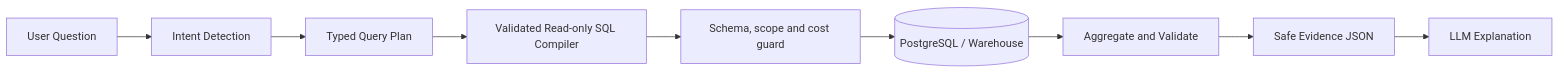
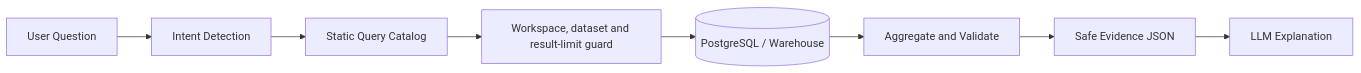
Before and after one commit to Ronakagarwal01/byizon-ai-analytics: the sixth of 13 diagrams in docs/SYSTEM_ARCHITECTURE.md, drawn with Mermaid. The commit also changed other lines of this file and 35 other files, not shown here.

Commit message:
Add PostgreSQL analytics pipeline and finalize workspace flows

````diff
--- a/docs/SYSTEM_ARCHITECTURE.md
+++ b/docs/SYSTEM_ARCHITECTURE.md
@@ -312,14 +312,13 @@
 ```mermaid
 flowchart LR
     Q["User Question"]
     Intent["Intent Detection"]
-    Plan["Typed Query Plan"]
-    Compiler["Validated Read-only SQL Compiler"]
-    Guard["Schema, scope and cost guard"]
+    Catalog["Static Query Catalog"]
+    Guard["Workspace, dataset and result-limit guard"]
     Warehouse[("PostgreSQL / Warehouse")]
     Process["Aggregate and Validate"]
     JSON["Safe Evidence JSON"]
     Explain["LLM Explanation"]
 
-    Q --> Intent --> Plan --> Compiler --> Guard --> Warehouse --> Process --> JSON --> Explain
+    Q --> Intent --> Catalog --> Guard --> Warehouse --> Process --> JSON --> Explain
 ```
````
